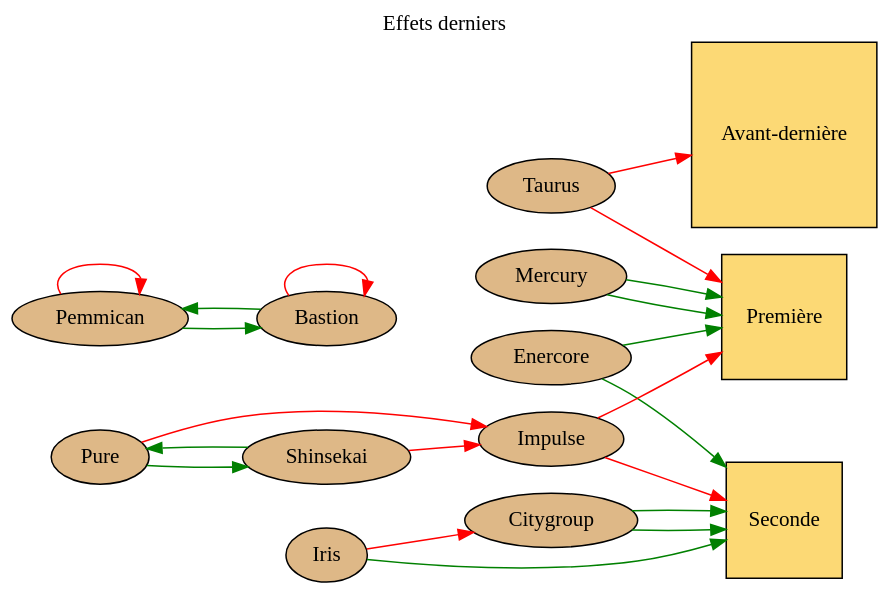
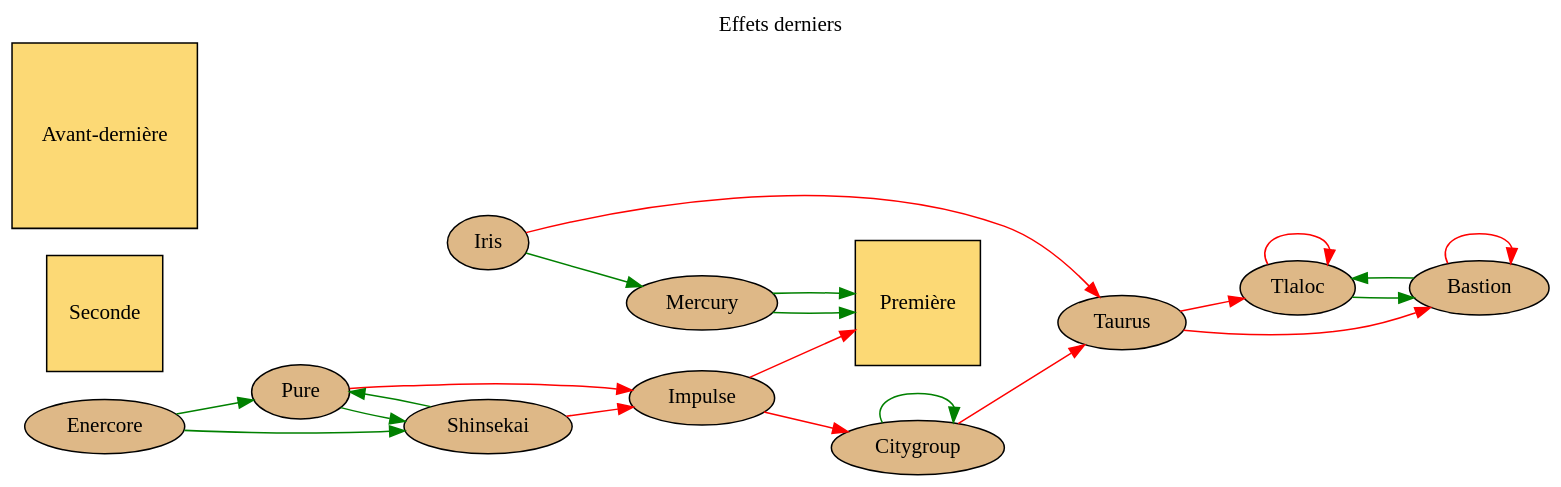
The diagram in data/cities/detroit/graphviz/last.dot (Neamar/corporate), drawn with Graphviz before and after one commit.

Commit message:
Update last.dot
Changement

```diff
--- a/data/cities/detroit/graphviz/last.dot
+++ b/data/cities/detroit/graphviz/last.dot
@@ -1,55 +1,55 @@
 # dot -T svg data/cities/detroit/graphviz/last.dot > website/static/graphviz/detroit/last.svg
 digraph g{
 	graph [
 		rankdir = "LR"
 		bgcolor=transparent
 	];
 	// title
 	labelloc="t";
 	label="Effets derniers";
 
 	premier [shape=square, fillcolor="#FCD975", style="filled", label="Première"];
 	second [shape=square, fillcolor="#FCD975", style="filled", label="Seconde"];
 	avantdernier [shape=square, fillcolor="#FCD975", style="filled", label="Avant-dernière"];
 
-	pemmican [shape=ellipse, fillcolor="burlywood", style="filled", label="Pemmican"];
+	tlaloc [shape=ellipse, fillcolor="burlywood", style="filled", label="Tlaloc"];
 	bastion [shape=ellipse, fillcolor="burlywood", style="filled", label="Bastion"];
 	citygroup [shape=ellipse, fillcolor="burlywood", style="filled", label="Citygroup"];
 	enercore [shape=ellipse, fillcolor="burlywood", style="filled", label="Enercore"];
 	iris [shape=ellipse, fillcolor="burlywood",style="filled", label="Iris"];
 	mercury [shape=ellipse, fillcolor="burlywood", style="filled", label="Mercury"];
 	pure [shape=ellipse, fillcolor="burlywood", style="filled", label="Pure"];
 	impulse [shape=ellipse, fillcolor="burlywood", style="filled", label="Impulse"];
 	shinsekai [shape=ellipse, fillcolor="burlywood", style="filled", label="Shinsekai"];
 	taurus [shape=ellipse, fillcolor="burlywood", style="filled", label="Taurus"];
 
-	taurus -> premier [color="red"];
-	taurus -> avantdernier [color="red"];
+	taurus -> bastion [color="red"];
+	taurus -> tlaloc [color="red"];
 
-	bastion -> pemmican [color="green"];
+	bastion -> tlaloc [color="green"];
 	bastion -> bastion [color="red"];
 
-	pemmican -> pemmican [color="red"];
-	pemmican -> bastion [color="green"];
+	tlaloc -> tlaloc [color="red"];
+	tlaloc -> bastion [color="green"];
 
-	citygroup-> second [color="green"];
-	citygroup-> second [color="green"];
+	citygroup-> taurus [color="red"];
+	citygroup-> citygroup [color="green"];
 
-	enercore -> premier [color="green"];
-	enercore -> second [color="green"];
+	enercore -> pure [color="green"];
+	enercore -> shinsekai [color="green"];
 
 	shinsekai -> pure [color="green"];
 	shinsekai -> impulse [color="red"];
 
 	impulse -> premier [color="red"];
-	impulse -> second [color="red"];
+	impulse -> citygroup [color="red"];
 
 	pure -> shinsekai [color="green"];
 	pure -> impulse [color="red"];
 
 	mercury -> premier [color="green"];
 	mercury -> premier [color="green"];
 
-	iris -> citygroup [color="red"];
-	iris -> second [color="green"];
+	iris -> taurus [color="red"];
+	iris -> mercury [color="green"];
 }
```
